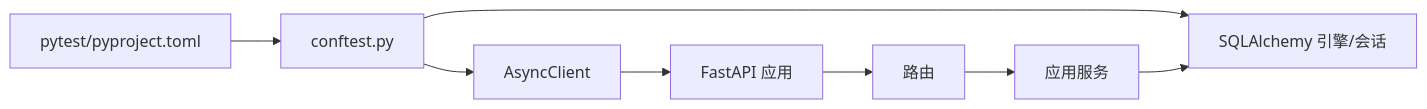
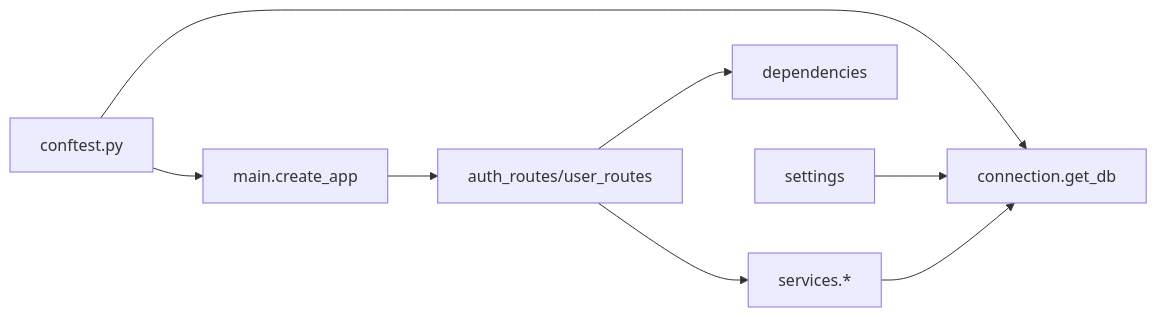
Before and after one commit to taoweidong/Hello-FastApi: the seventh of 7 diagrams in .qoder/repowiki/zh/content/测试策略/集成测试.md, drawn with Mermaid. The commit also changed other lines of this file and 119 other files, not shown here.

````diff
--- a/.qoder/repowiki/zh/content/测试策略/集成测试.md
+++ b/.qoder/repowiki/zh/content/测试策略/集成测试.md
@@ -278,10 +330,10 @@
 ```mermaid
 graph LR
-P["pytest/pyproject.toml"] --> CFT["conftest.py"]
-CFT --> DB["SQLAlchemy 引擎/会话"]
-CFT --> AC["AsyncClient"]
-AC --> APP["FastAPI 应用"]
-APP --> RT["路由"]
-RT --> SVC["应用服务"]
+CF["conftest.py"] --> DB["connection.get_db"]
+CF --> APP["main.create_app"]
+APP --> RT["auth_routes/user_routes"]
+RT --> DEP["dependencies"]
+RT --> SVC["services.*"]
 SVC --> DB
+CFG["settings"] --> DB
 ```
````
